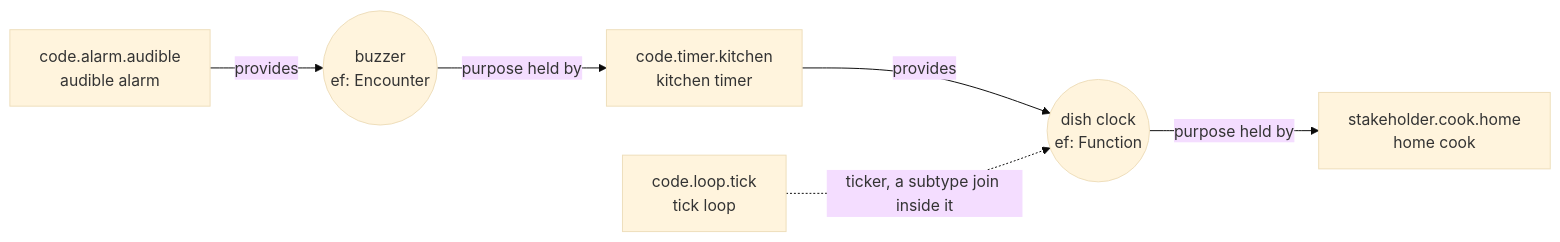
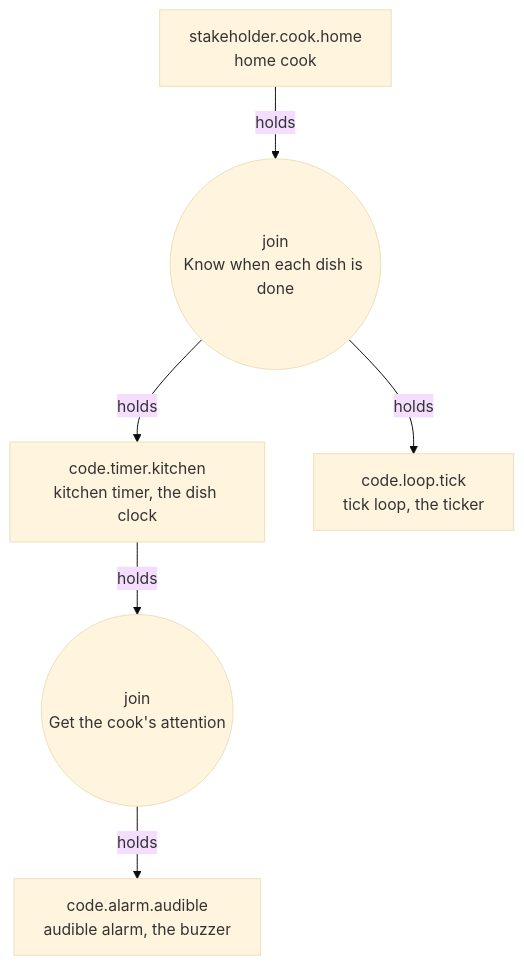
One commit to RchGrav/metaform changed the third of 3 diagrams in README.md. Above: the diagram before and after it, drawn with Mermaid (base theme). The commit also changed other lines of this file and 87 other files, not shown here.

````diff
--- a/README.md
+++ b/README.md
@@ -105,8 +105,8 @@
 ```mermaid
-graph LR
-    timer["code.timer.kitchen<br/>kitchen timer"] -- provides --> clock(("dish clock<br/>ef: Function"))
-    clock -- "purpose held by" --> cook["stakeholder.cook.home<br/>home cook"]
-    tick["code.loop.tick<br/>tick loop"] -.->|"ticker, a subtype join inside it"| clock
-    alarm["code.alarm.audible<br/>audible alarm"] -- provides --> buzzer(("buzzer<br/>ef: Encounter"))
-    buzzer -- "purpose held by" --> timer
+graph TB
+    cook["stakeholder.cook.home<br/>home cook"] -- "holds" --> j1(("join<br/>Know when each dish is done"))
+    j1 -- "holds" --> timer["code.timer.kitchen<br/>kitchen timer, the dish clock"]
+    j1 -- "holds" --> tick["code.loop.tick<br/>tick loop, the ticker"]
+    timer -- "holds" --> j2(("join<br/>Get the cook's attention"))
+    j2 -- "holds" --> alarm["code.alarm.audible<br/>audible alarm, the buzzer"]
 ```
````
